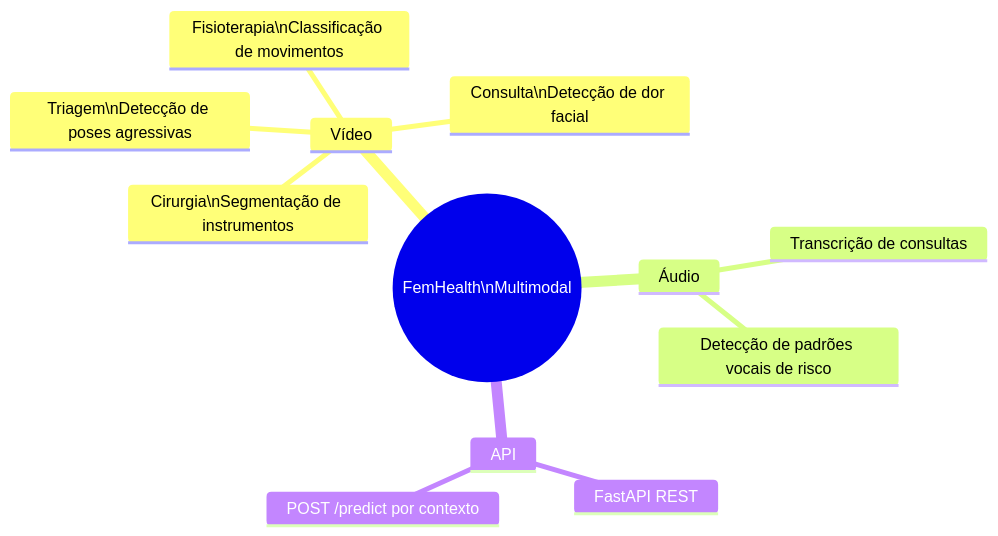
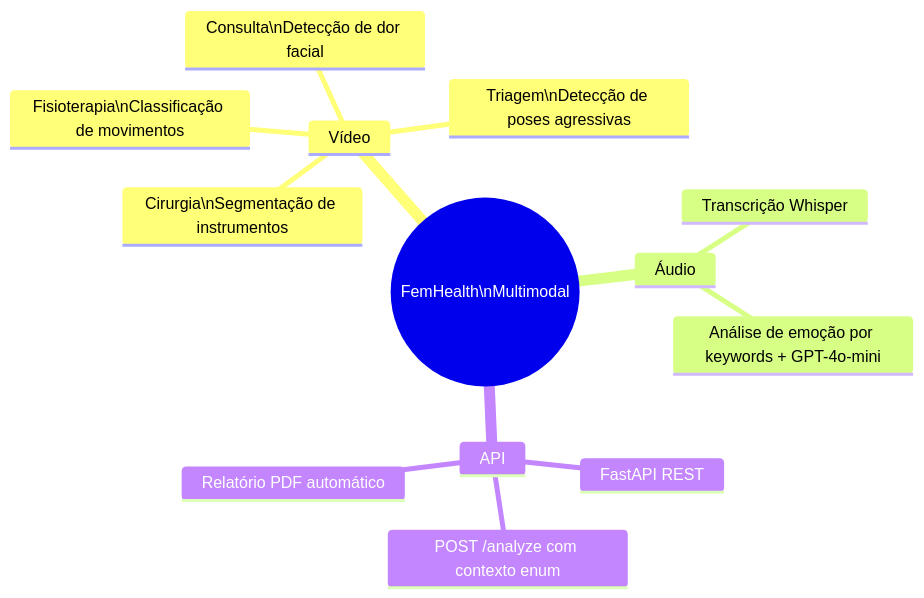
The first of 8 diagrams in roadmap.md (vinisbitten/tech-challeng-fase-4), drawn with Mermaid before and after one commit. The commit also changed other lines of this file, not shown here.

Commit message:
feat: update roadmap

````diff
--- a/roadmap.md
+++ b/roadmap.md
@@ -22,15 +30,16 @@
 ```mermaid
 mindmap
   root((FemHealth\nMultimodal))
     Vídeo
       Cirurgia\nSegmentação de instrumentos
       Triagem\nDetecção de poses agressivas
       Fisioterapia\nClassificação de movimentos
       Consulta\nDetecção de dor facial
     Áudio
-      Transcrição de consultas
-      Detecção de padrões vocais de risco
+      Transcrição Whisper
+      Análise de emoção por keywords + GPT-4o-mini
     API
       FastAPI REST
-      POST /predict por contexto
+      POST /analyze com contexto enum
+      Relatório PDF automático
 ```
````
